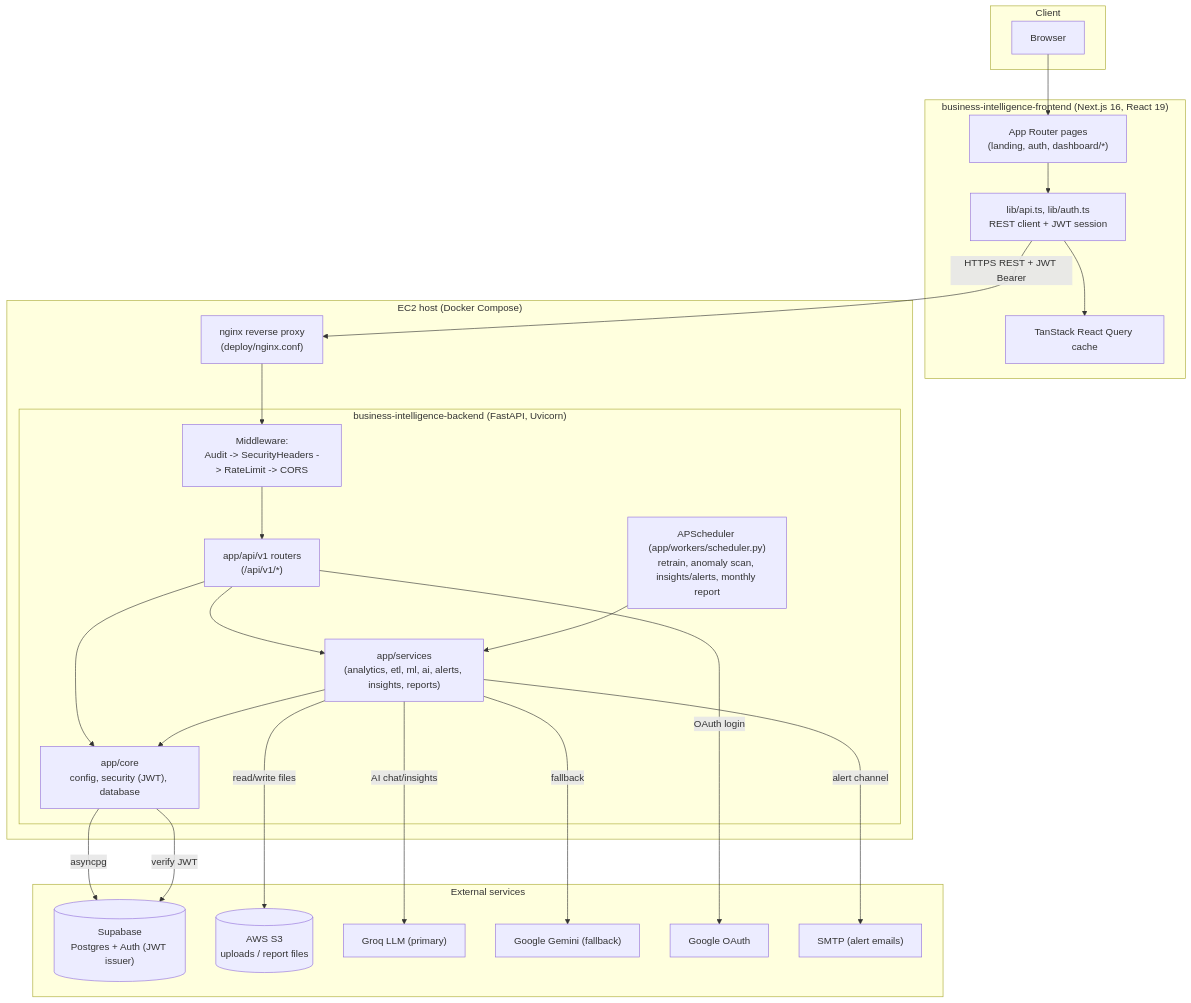
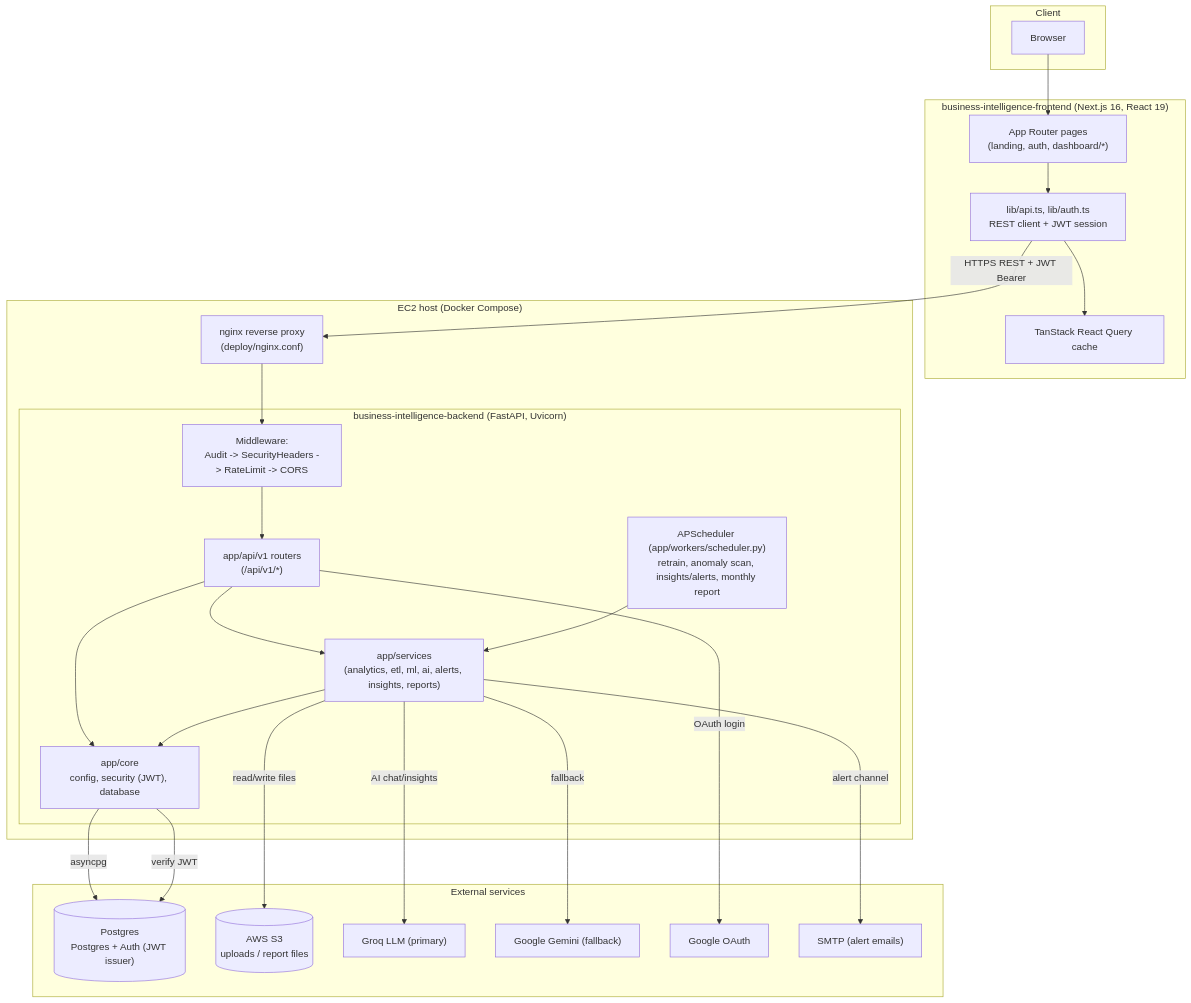
Before and after one commit to Cyrus700/business-intelligence-backend: the first of 4 diagrams in ARCHITECTURE.md, drawn with Mermaid. The commit also changed other lines of this file and 20 other files, not shown here.

````diff
--- a/ARCHITECTURE.md
+++ b/ARCHITECTURE.md
@@ -5,48 +5,48 @@
 ```mermaid
 flowchart TB
     subgraph Client["Client"]
         Browser["Browser"]
     end
 
     subgraph Frontend["business-intelligence-frontend (Next.js 16, React 19)"]
         Pages["App Router pages\n(landing, auth, dashboard/*)"]
         Lib["lib/api.ts, lib/auth.ts\nREST client + JWT session"]
         Query["TanStack React Query cache"]
     end
 
     subgraph Infra["EC2 host (Docker Compose)"]
         Nginx["nginx reverse proxy\n(deploy/nginx.conf)"]
         subgraph Backend["business-intelligence-backend (FastAPI, Uvicorn)"]
             MW["Middleware:\nAudit -> SecurityHeaders -> RateLimit -> CORS"]
             API["app/api/v1 routers\n(/api/v1/*)"]
             Services["app/services\n(analytics, etl, ml, ai, alerts, insights, reports)"]
             Scheduler["APScheduler (app/workers/scheduler.py)\nretrain, anomaly scan, insights/alerts, monthly report"]
             Core["app/core\nconfig, security (JWT), database"]
         end
     end
 
     subgraph External["External services"]
-        Supabase[("Supabase\nPostgres + Auth (JWT issuer)")]
+        Postgres[("Postgres\nPostgres + Auth (JWT issuer)")]
         S3[("AWS S3\nuploads / report files")]
         Groq["Groq LLM (primary)"]
         Gemini["Google Gemini (fallback)"]
         GoogleOAuth["Google OAuth"]
         SMTP["SMTP (alert emails)"]
     end
 
     Browser --> Pages
     Pages --> Lib --> Query
     Lib -->|HTTPS REST + JWT Bearer| Nginx
     Nginx --> MW --> API
     API --> Services
     API --> Core
     Services --> Core
     Scheduler --> Services
-    Core -->|asyncpg| Supabase
-    Core -->|verify JWT| Supabase
+    Core -->|asyncpg| Postgres
+    Core -->|verify JWT| Postgres
     Services -->|read/write files| S3
     Services -->|AI chat/insights| Groq
     Services -->|fallback| Gemini
     API -->|OAuth login| GoogleOAuth
     Services -->|alert channel| SMTP
 ```
````
